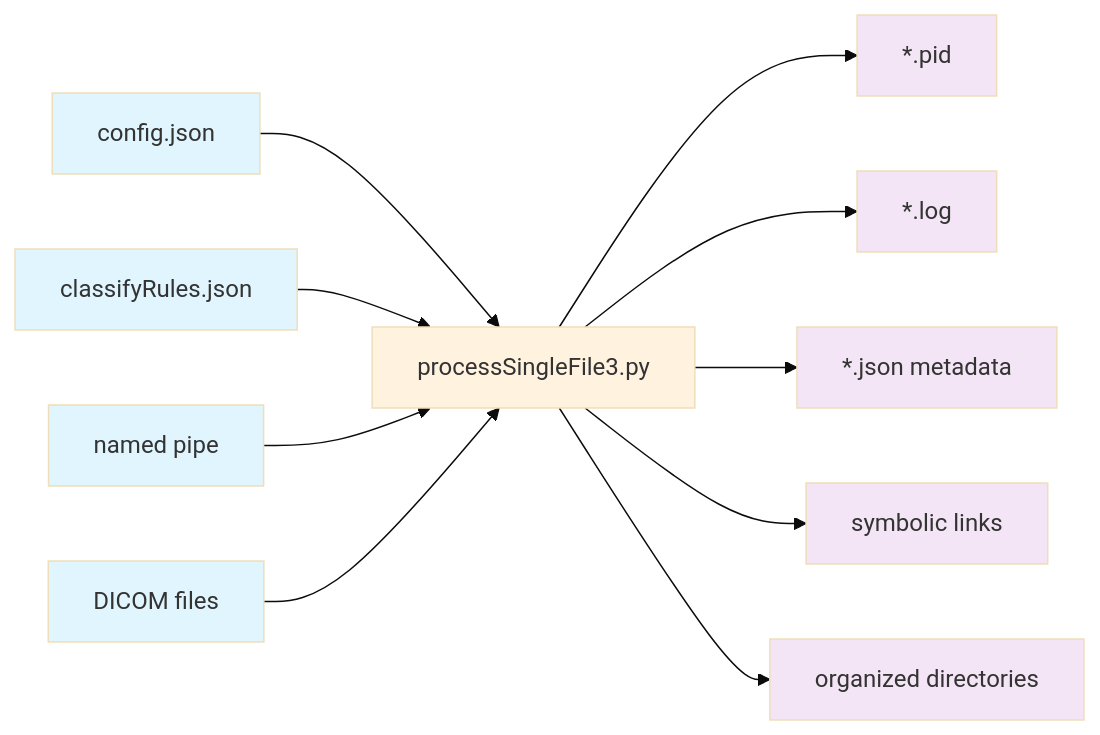
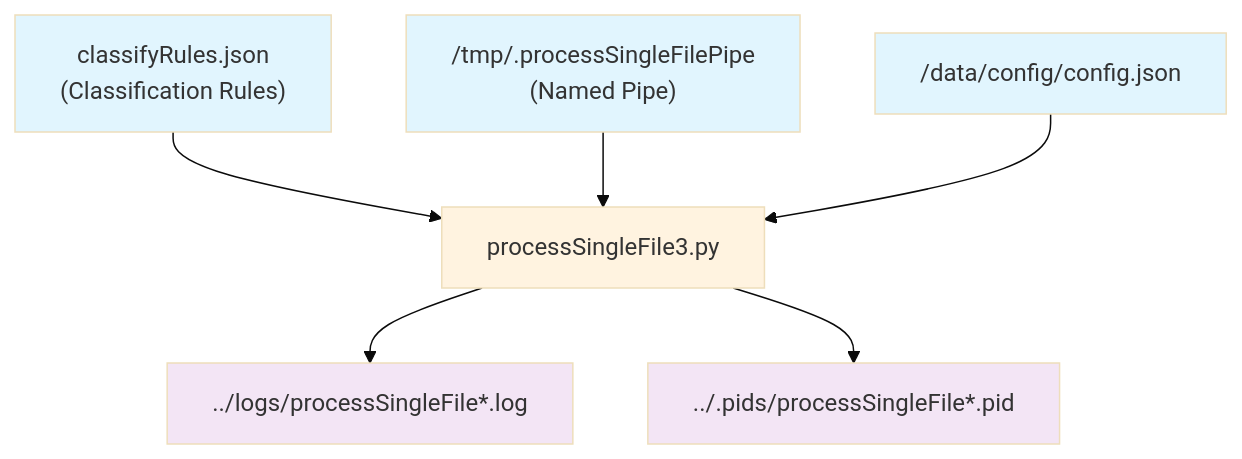
Before and after one commit to mmiv-center/FionaDocs: the first of 2 diagrams in docs/source/Architecture/scripts/processSingleFile3.rst, drawn with Mermaid (base theme). The commit also changed other lines of this file and 80 other files, not shown here.

```diff
--- a/docs/source/Architecture/scripts/processSingleFile3.rst
+++ b/docs/source/Architecture/scripts/processSingleFile3.rst
@@ -30,40 +9,17 @@
 .. mermaid::
 
-   flowchart LR
-   %% Input Files
-   CONFIG["config.json"]
-   RULES["classifyRules.json"]
-   PIPE["named pipe"]
-   DICOM["DICOM files"]
-
-   %% Main Script
-   MAIN["processSingleFile3.py"]
-
-   %% Output Files
-   PID["*.pid"]
-   LOG["*.log"]
-   JSON["*.json metadata"]
-   LINKS["symbolic links"]
-   DIRS["organized directories"]
-
-   %% Dependencies
-   CONFIG --> MAIN
-   RULES --> MAIN
-   PIPE --> MAIN
-   DICOM --> MAIN
-		
-   %% Outputs
-   MAIN --> PID
-   MAIN --> LOG
-   MAIN --> JSON
-   MAIN --> LINKS
-   MAIN --> DIRS
-
-   %% Styling
-   classDef inputFile fill:#e1f5fe
-   classDef outputFile fill:#f3e5f5
-   classDef mainScript fill:#fff3e0
-
-   class CONFIG,RULES,PIPE,DICOM inputFile
-   class PID,LOG,JSON,LINKS,DIRS outputFile
-   class MAIN mainScript
+   flowchart TD
+    B["classifyRules.json<br>(Classification Rules)"] --> A["processSingleFile3.py"]
+    C["/tmp/.processSingleFilePipe<br>(Named Pipe)"] --> A
+    F["/data/config/config.json"] --> A
+    A --> D["../logs/processSingleFile*.log"]
+    A --> E["../.pids/processSingleFile*.pid"]
+    
+    %% Styling
+    classDef inputFile fill:#e1f5fe
+    classDef outputFile fill:#f3e5f5
+    classDef mainScript fill:#fff3e0
+    
+    class A mainScript
+    class B,C,F inputFile
+    class D,E outputFile
```
